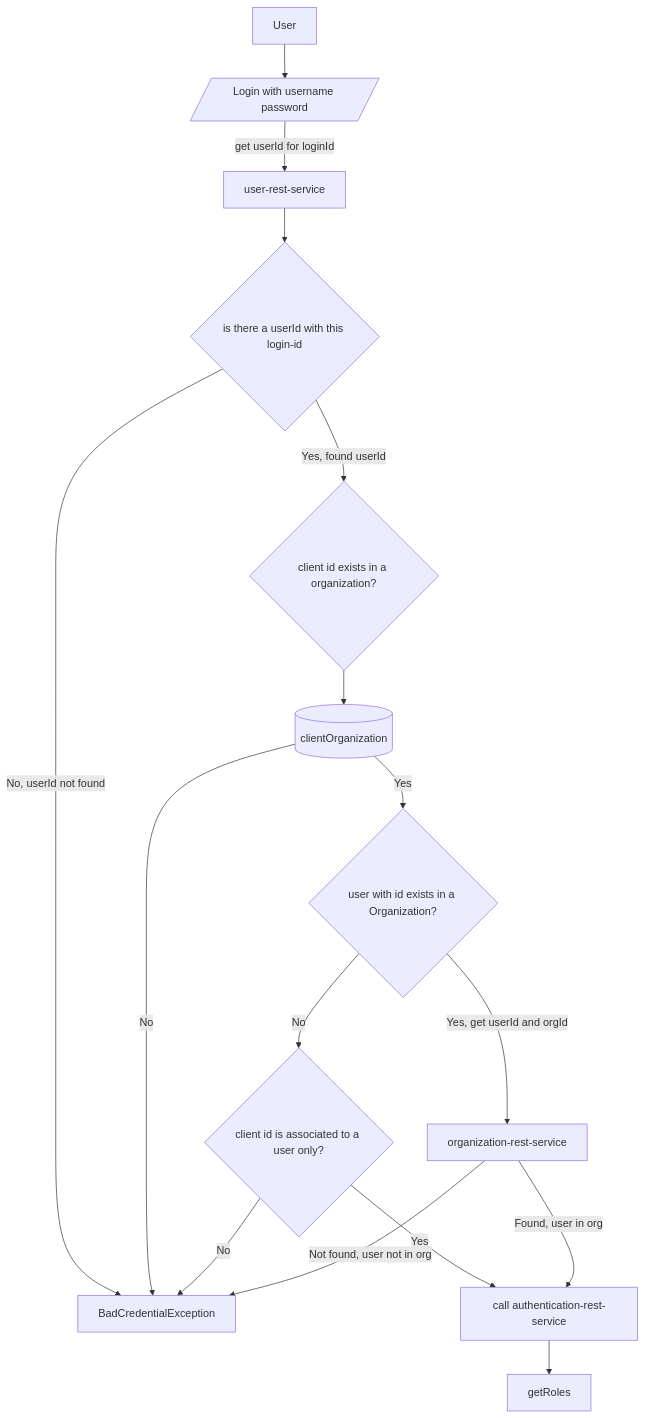
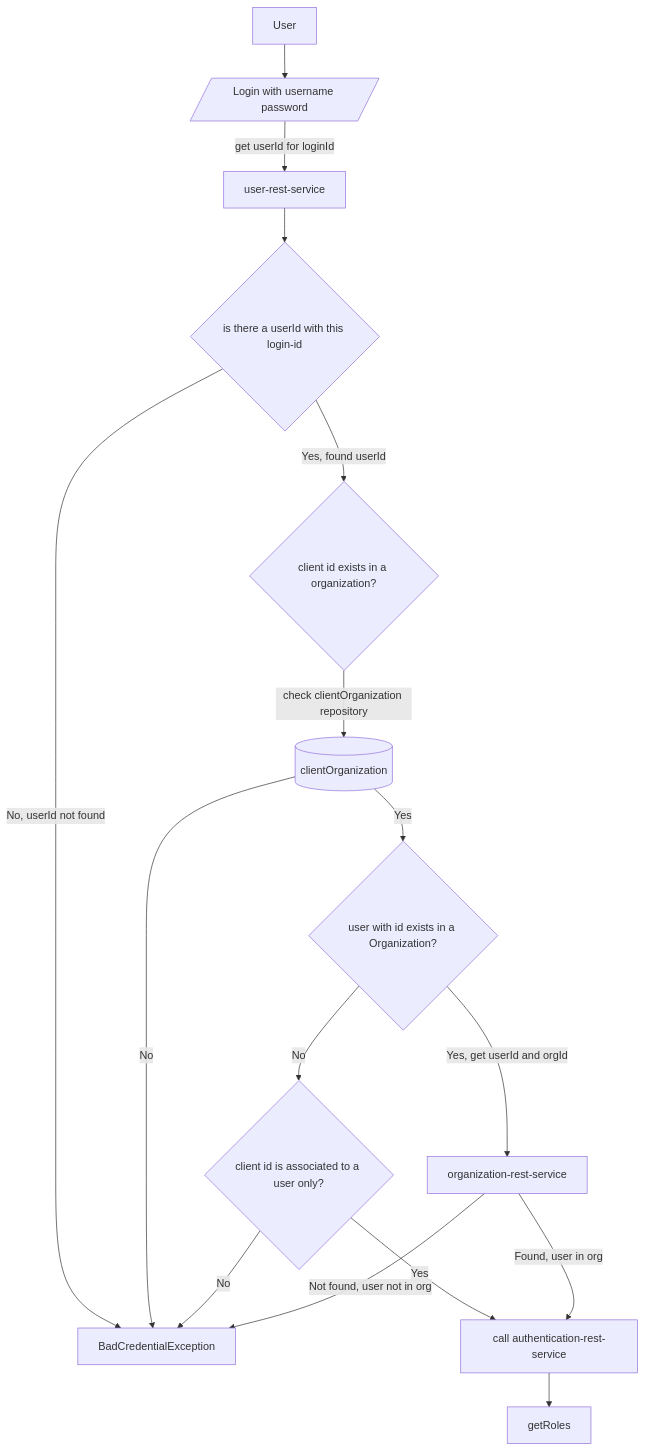
The diagram in README.md (sonamsamdupkhangsar/spring-authorization-serve), drawn with Mermaid before and after one commit.

Commit message:
commit reademe

````diff
--- a/README.md
+++ b/README.md
@@ -35,19 +35,19 @@
 ```mermaid
 flowchart TD
  User -->login[/Login with username password/]
  login --get userId for loginId--> userRestService["user-rest-service"]
  userRestService --> getUserId{is there a userId with this login-id}
  getUserId -->|Yes, found userId|checkClientInOrg{client id exists in a organization?}
  getUserId -->|No, userId not found|returnError[BadCredentialException]
- checkClientInOrg --> clientOrganizationTable[(clientOrganization)]
+ checkClientInOrg --check clientOrganization repository--> clientOrganizationTable[(clientOrganization)]
  clientOrganizationTable -->|Yes| userExistsInOrg{user with id exists in a Organization?}
  clientOrganizationTable -->|No| returnError
  
  userExistsInOrg -->|Yes, get userId and orgId|organizationRestService["organization-rest-service"]
  userExistsInOrg -->|No|checkClientUserAssociation{client id is associated to a user only?}
  checkClientUserAssociation -->|Yes| authenticate
  checkClientUserAssociation -->|No| returnError
  organizationRestService -->|Found, user in org|authenticate["call authentication-rest-service"]
  organizationRestService -->|Not found, user not in org| returnError
  authenticate --> getRoles
 ```
````
